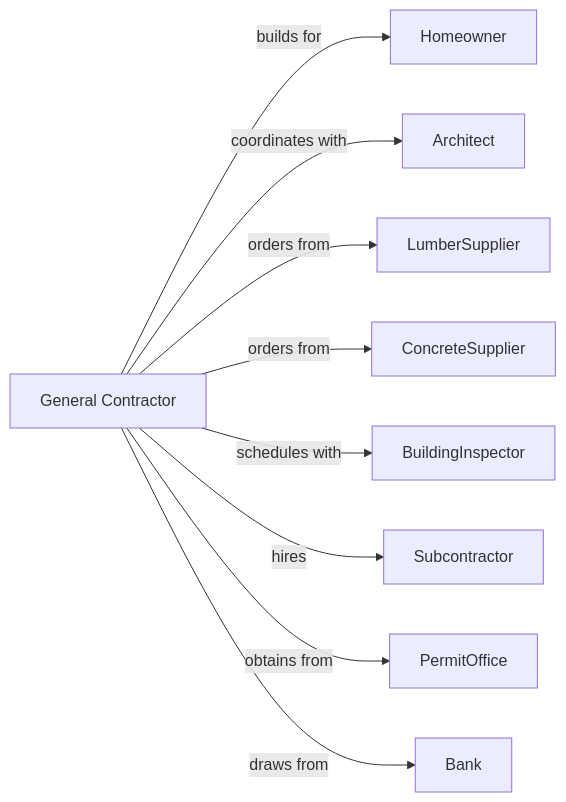
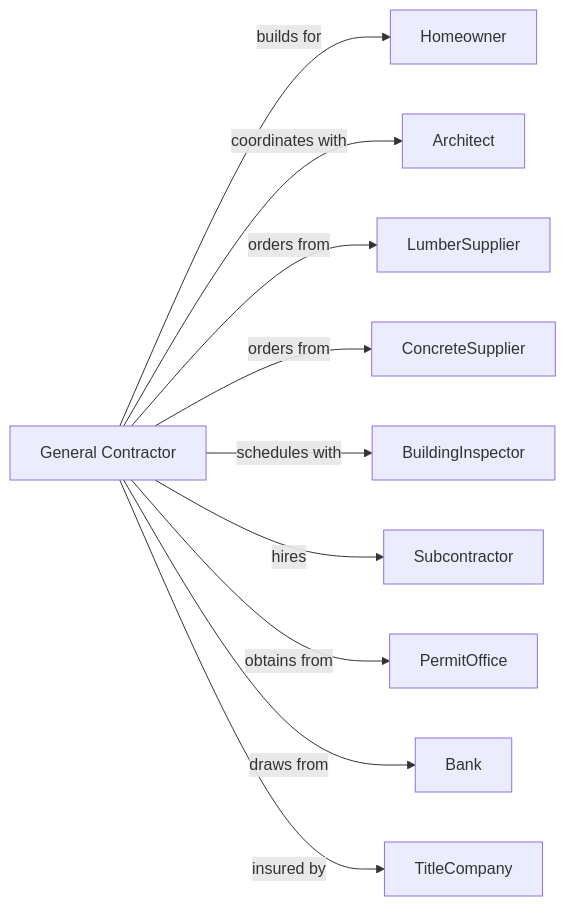
One commit to dot-org-ai/industries.org.ai changed the second of 2 diagrams in Construction/ConstructionOfBuildings/ResidentialBuildingConstruction/NewSingleFamilyHousingConstructionExceptForSaleBuilders.mdx. Above: the diagram before and after it, drawn with Mermaid. The commit also changed 588 other files, not shown here.

````diff
--- a/Construction/ConstructionOfBuildings/ResidentialBuildingConstruction/NewSingleFamilyHousingConstructionExceptForSaleBuilders.mdx
+++ b/Construction/ConstructionOfBuildings/ResidentialBuildingConstruction/NewSingleFamilyHousingConstructionExceptForSaleBuilders.mdx
@@ -133,13 +133,14 @@
 ```mermaid
 graph LR
     GC[General Contractor]
 
     GC -->|builds for| Homeowner
     GC -->|coordinates with| Architect
     GC -->|orders from| LumberSupplier
     GC -->|orders from| ConcreteSupplier
     GC -->|schedules with| BuildingInspector
     GC -->|hires| Subcontractor
     GC -->|obtains from| PermitOffice
     GC -->|draws from| Bank
+    GC -->|insured by| TitleCompany
 ```
````
